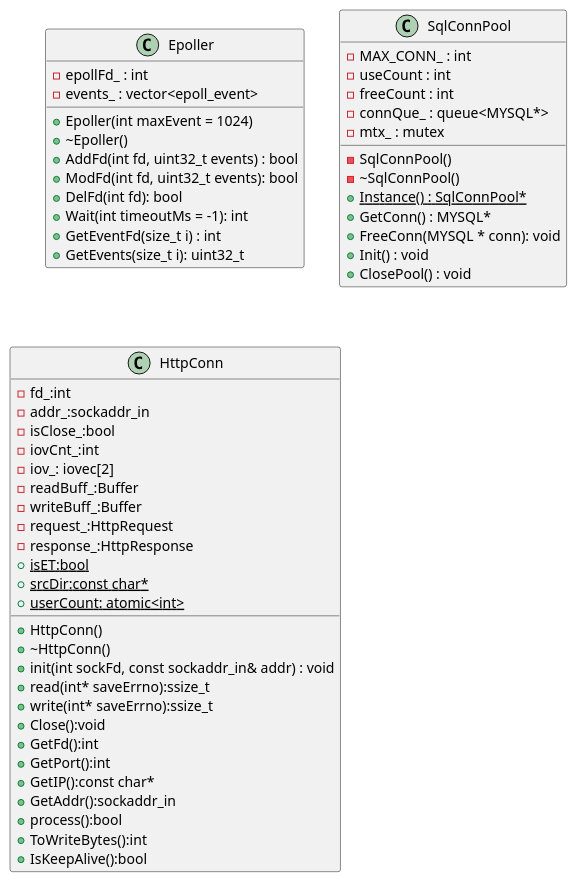
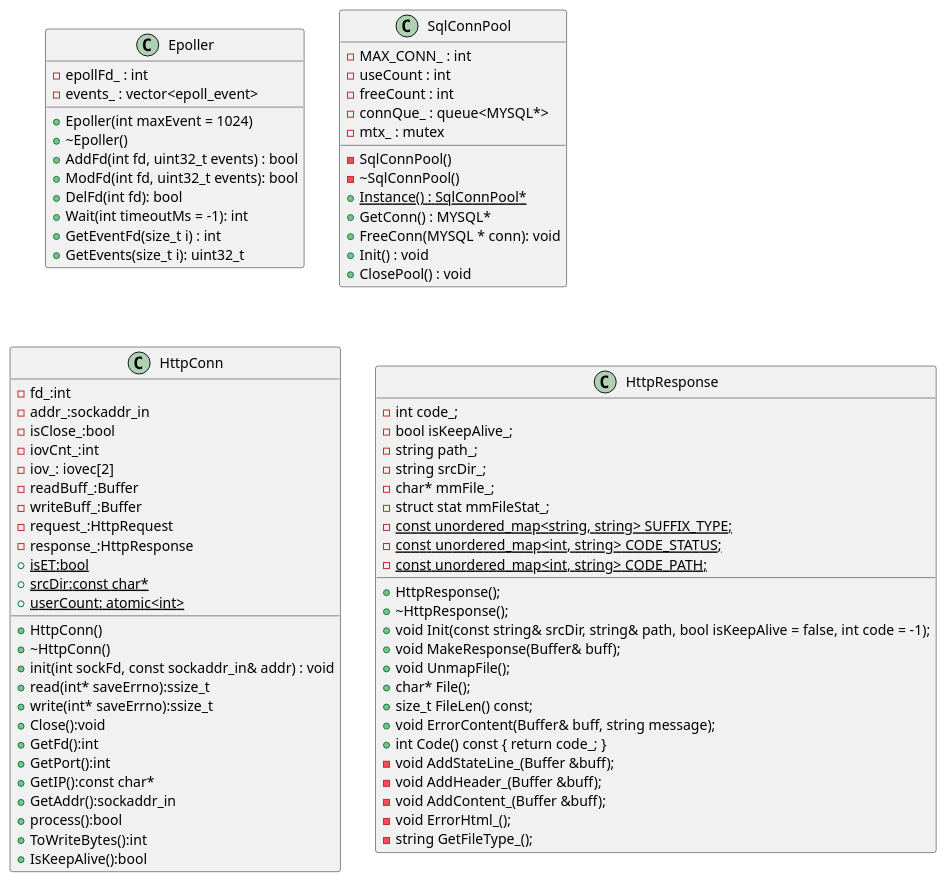
One commit to Civilizen/C11Webserver changed the diagram in class.md. Above: the diagram before and after it, drawn with PlantUML. The commit also changed 6 other files, not shown here.

```diff
--- a/class.md
+++ b/class.md
@@ -55,4 +55,30 @@
   + ToWriteBytes():int
   + IsKeepAlive():bool
 }
+
+class HttpResponse {
+  +  HttpResponse();
+  +  ~HttpResponse();
+  +  void Init(const string& srcDir, string& path, bool isKeepAlive = false, int code = -1);
+  +  void MakeResponse(Buffer& buff);
+  +  void UnmapFile();
+  +  char* File();
+  +  size_t FileLen() const;
+  +  void ErrorContent(Buffer& buff, string message);
+  +  int Code() const { return code_; }
+  -  void AddStateLine_(Buffer &buff);
+  -  void AddHeader_(Buffer &buff);
+  -  void AddContent_(Buffer &buff);
+  - void ErrorHtml_();
+  -  string GetFileType_();
+  -  int code_;
+  -  bool isKeepAlive_;
+  -  string path_;
+  -  string srcDir_;
+  - char* mmFile_; 
+  - struct stat mmFileStat_;
+  - {static} const unordered_map<string, string> SUFFIX_TYPE;
+  - {static} const unordered_map<int, string> CODE_STATUS;
+  - {static} const unordered_map<int, string> CODE_PATH;
+}
 @enduml
```
